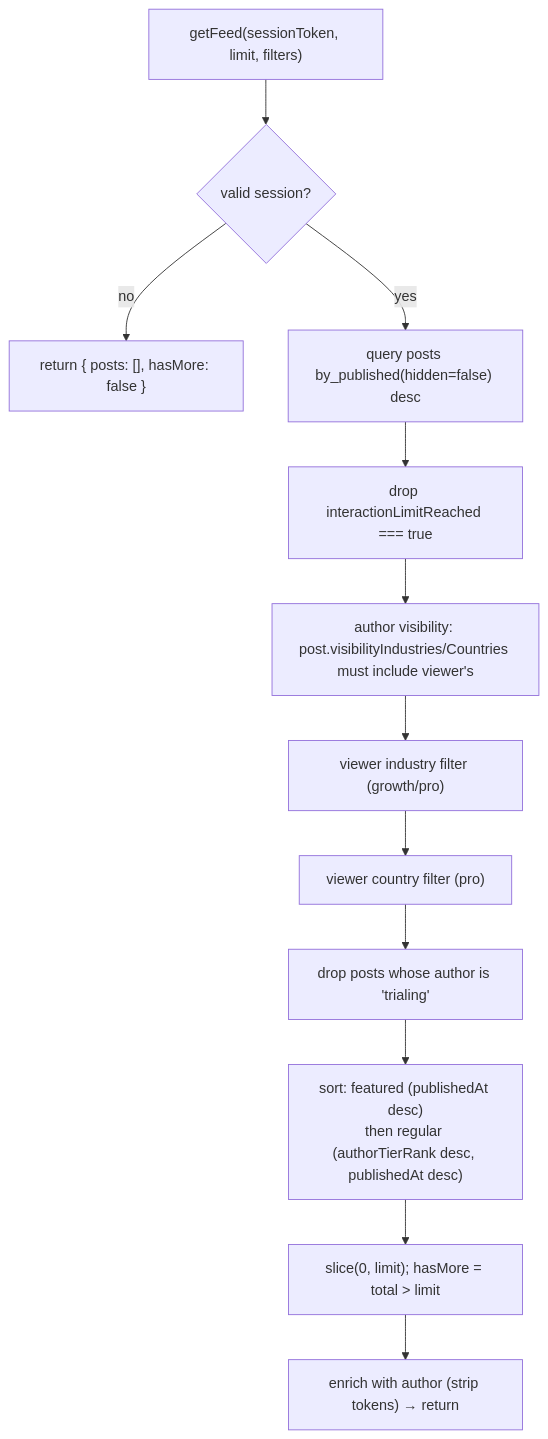
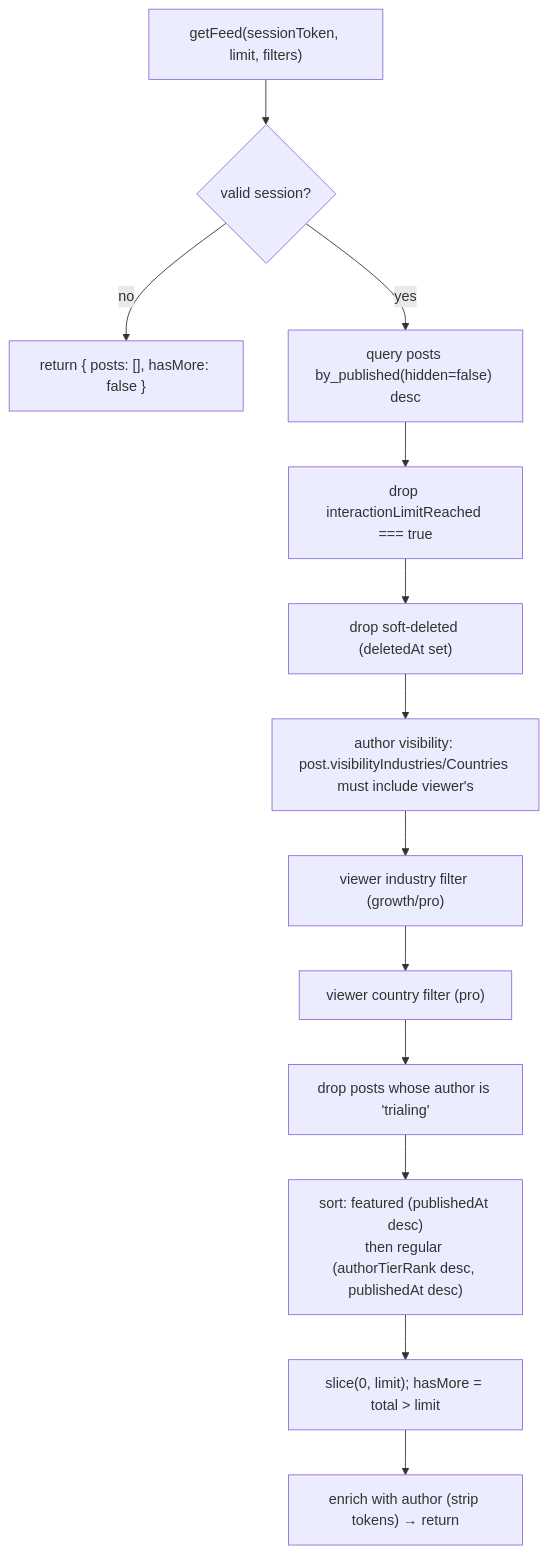
Before and after one commit to henriko202/glowing-octo-guide: the tenth of 16 diagrams in docs/PLATFORM.md, drawn with Mermaid. The commit also changed other lines of this file and 20 other files, not shown here.

````diff
--- a/docs/PLATFORM.md
+++ b/docs/PLATFORM.md
@@ -911,14 +943,15 @@
 ```mermaid
 flowchart TD
   G["getFeed(sessionToken, limit, filters)"] --> AU{"valid session?"}
   AU -->|no| EMPTY["return { posts: [], hasMore: false }"]
   AU -->|yes| BASE["query posts by_published(hidden=false) desc"]
   BASE --> F1["drop interactionLimitReached === true"]
-  F1 --> F2["author visibility: post.visibilityIndustries/Countries must include viewer's"]
+  F1 --> FD["drop soft-deleted (deletedAt set)"]
+  FD --> F2["author visibility: post.visibilityIndustries/Countries must include viewer's"]
   F2 --> F3["viewer industry filter (growth/pro)"]
   F3 --> F4["viewer country filter (pro)"]
   F4 --> F5["drop posts whose author is 'trialing'"]
   F5 --> SORT["sort: featured (publishedAt desc)<br/>then regular (authorTierRank desc, publishedAt desc)"]
   SORT --> PAGE["slice(0, limit); hasMore = total > limit"]
   PAGE --> ENR["enrich with author (strip tokens) → return"]
 ```
````
